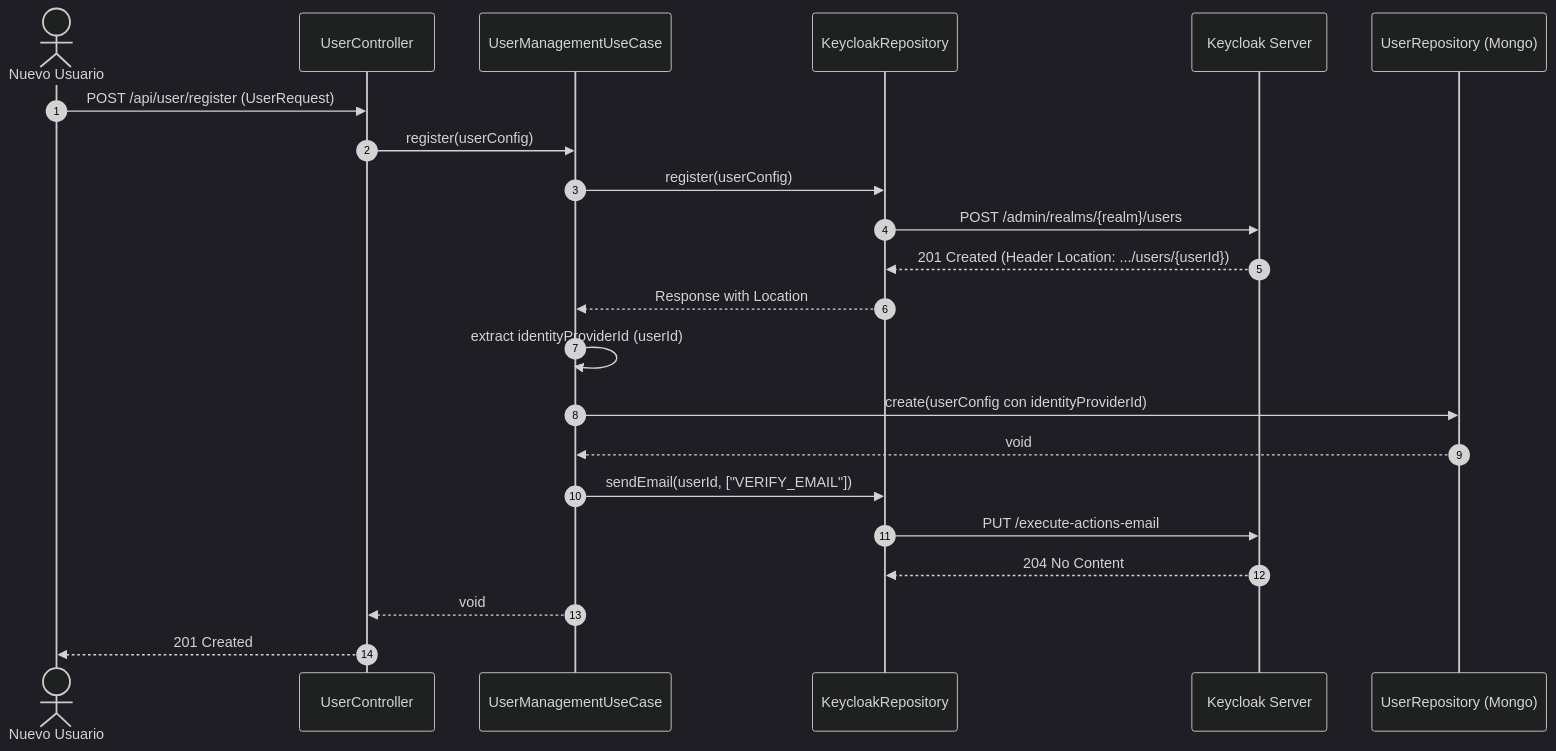
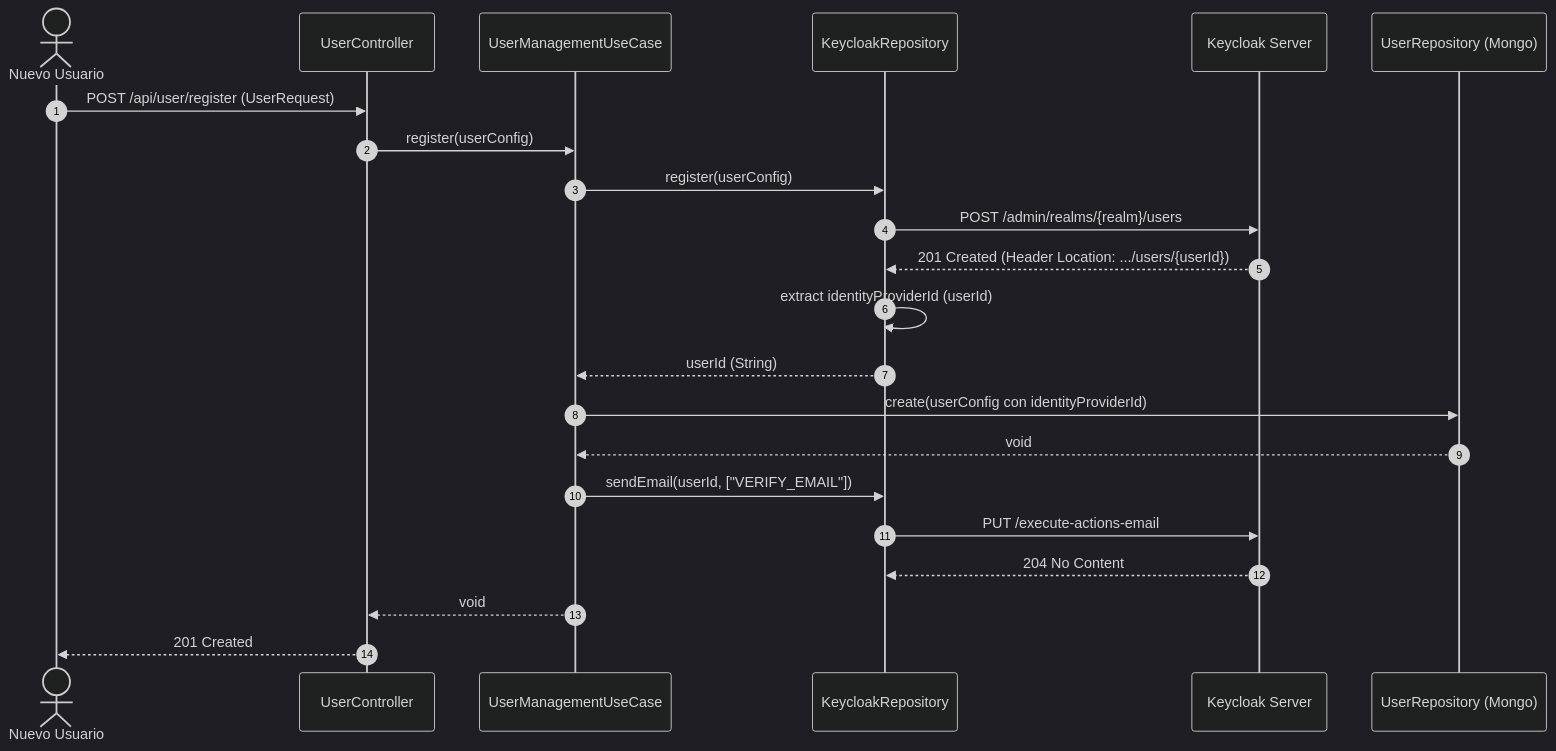
The diagram in .agents/use_cases/UserManagementUseCase.md (Biopatternsg-ms/config-and-control), drawn with Mermaid (dark theme) before and after one commit. The commit also changed other lines of this file and 26 other files, not shown here.

````diff
--- a/.agents/use_cases/UserManagementUseCase.md
+++ b/.agents/use_cases/UserManagementUseCase.md
@@ -42,25 +41,25 @@
 ```mermaid
 sequenceDiagram
     autonumber
     actor Usuario as Nuevo Usuario
     participant Controller as UserController
     participant UseCase as UserManagementUseCase
     participant KeycloakRepo as KeycloakRepository
     participant Keycloak as Keycloak Server
     participant UserRepo as UserRepository (Mongo)
 
     Usuario->>Controller: POST /api/user/register (UserRequest)
     Controller->>UseCase: register(userConfig)
     UseCase->>KeycloakRepo: register(userConfig)
     KeycloakRepo->>Keycloak: POST /admin/realms/{realm}/users
     Keycloak-->>KeycloakRepo: 201 Created (Header Location: .../users/{userId})
-    KeycloakRepo-->>UseCase: Response with Location
-    UseCase->>UseCase: extract identityProviderId (userId)
+    KeycloakRepo->>KeycloakRepo: extract identityProviderId (userId)
+    KeycloakRepo-->>UseCase: userId (String)
     UseCase->>UserRepo: create(userConfig con identityProviderId)
     UserRepo-->>UseCase: void
     UseCase->>KeycloakRepo: sendEmail(userId, ["VERIFY_EMAIL"])
     KeycloakRepo->>Keycloak: PUT /execute-actions-email
     Keycloak-->>KeycloakRepo: 204 No Content
     UseCase-->>Controller: void
     Controller-->>Usuario: 201 Created
 ```
````
